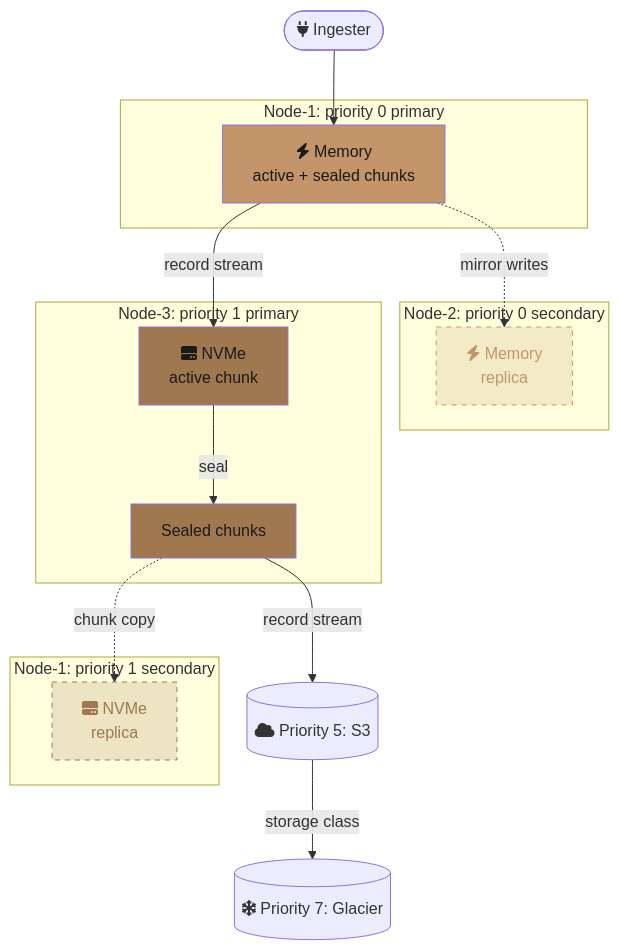
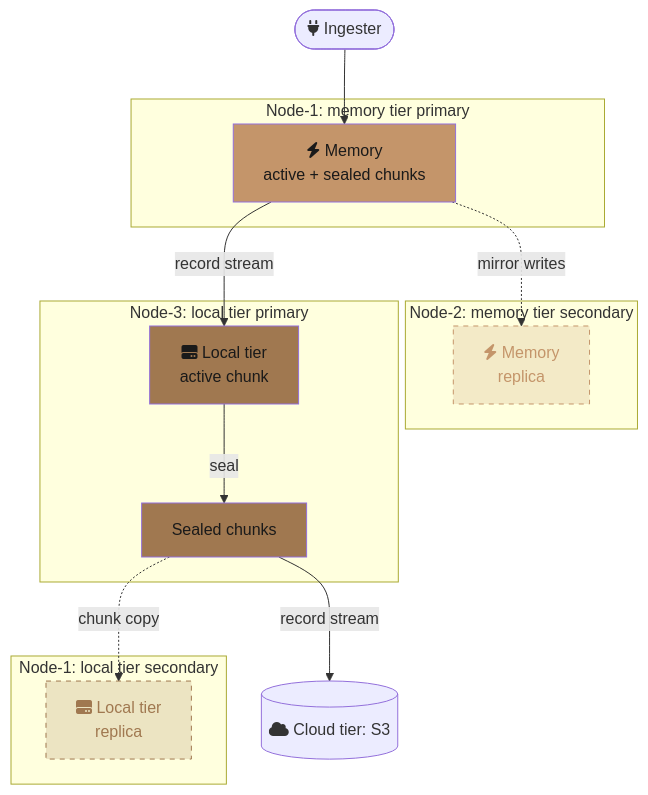
Before and after one commit to kluzzebass/gastrolog: the third of 5 diagrams in docs/vision.md, drawn with Mermaid. The commit also changed other lines of this file and 1 other file, not shown here.

First line of the commit message:
docs: rework storage model — StorageArea, CloudService, three tier types

````diff
--- a/docs/vision.md
+++ b/docs/vision.md
@@ -189,32 +190,31 @@
 ```mermaid
 flowchart TB
-    I([fa:fa-plug Ingester]) --> P0
+    I([fa:fa-plug Ingester]) --> M
 
-    subgraph node1p0 [Node-1: priority 0 primary]
-        P0[fa:fa-bolt Memory<br/>active + sealed chunks]
+    subgraph node1mem [Node-1: memory tier primary]
+        M[fa:fa-bolt Memory<br/>active + sealed chunks]
     end
 
-    subgraph node2p0 [Node-2: priority 0 secondary]
-        P0R[fa:fa-bolt Memory<br/>replica]
+    subgraph node2mem [Node-2: memory tier secondary]
+        MR[fa:fa-bolt Memory<br/>replica]
     end
 
-    subgraph node3p1 [Node-3: priority 1 primary]
-        P1[fa:fa-hard-drive NVMe<br/>active chunk] -->|seal| P1S[Sealed chunks]
+    subgraph node3local [Node-3: local tier primary]
+        L[fa:fa-hard-drive Local tier<br/>active chunk] -->|seal| LS[Sealed chunks]
     end
 
-    subgraph node1p1 [Node-1: priority 1 secondary]
-        P1R[fa:fa-hard-drive NVMe<br/>replica]
+    subgraph node1local [Node-1: local tier secondary]
+        LR[fa:fa-hard-drive Local tier<br/>replica]
     end
 
-    P0 -.->|mirror writes| P0R
-    P0 -->|record stream| P1
-    P1S -->|record stream| P5[(fa:fa-cloud Priority 5: S3)]
-    P1S -.->|chunk copy| P1R
-    P5 -->|storage class| P7[(fa:fa-snowflake Priority 7: Glacier)]
+    M -.->|mirror writes| MR
+    M -->|record stream| L
+    LS -->|record stream| CS[(fa:fa-cloud Cloud tier: S3)]
+    LS -.->|chunk copy| LR
 
-    style P0 fill:#c4956a,color:#1a1a1a
-    style P1 fill:#a07850,color:#1a1a1a
-    style P1S fill:#a07850,color:#1a1a1a
-    style P0R fill:#c4956a33,color:#c4956a,stroke:#c4956a,stroke-dasharray:5
-    style P1R fill:#a0785033,color:#a07850,stroke:#a07850,stroke-dasharray:5
+    style M fill:#c4956a,color:#1a1a1a
+    style L fill:#a07850,color:#1a1a1a
+    style LS fill:#a07850,color:#1a1a1a
+    style MR fill:#c4956a33,color:#c4956a,stroke:#c4956a,stroke-dasharray:5
+    style LR fill:#a0785033,color:#a07850,stroke:#a07850,stroke-dasharray:5
 ```
````
